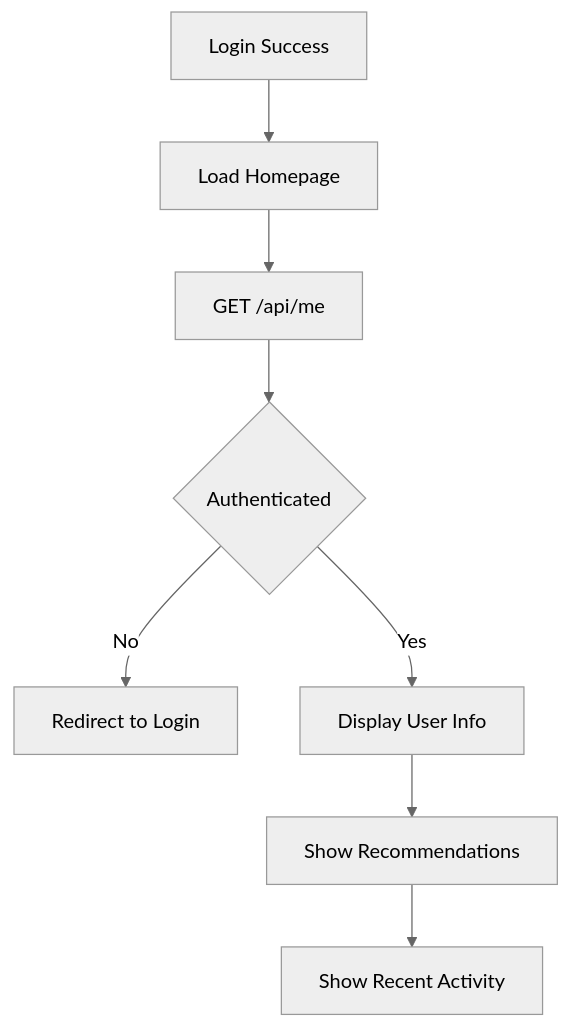
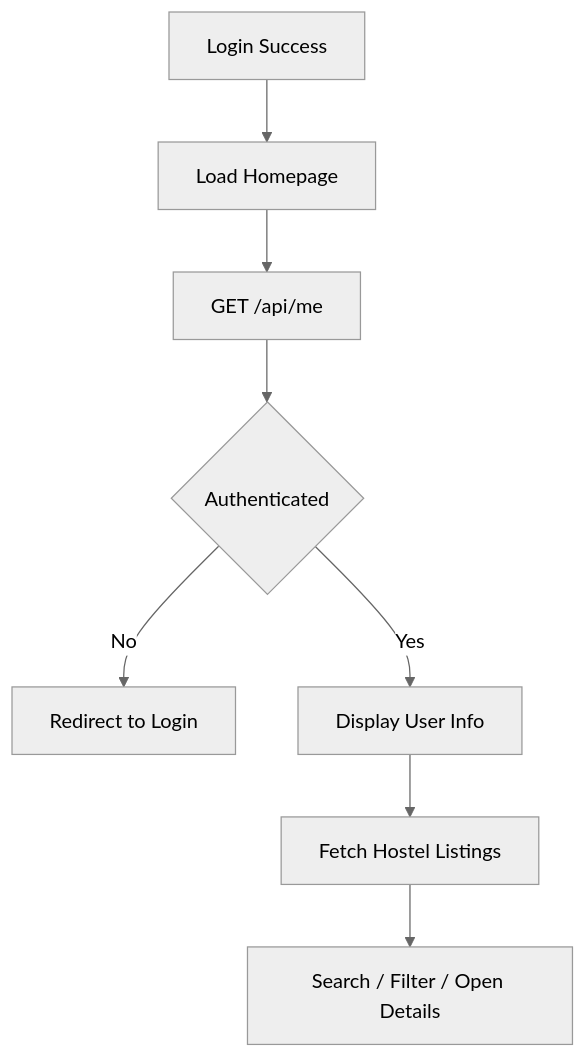
The ninth of 13 diagrams in docs/04_USER_FLOW.md (Zaps215/gctu-hostels-backend), drawn with Mermaid (neutral theme) before and after one commit. The commit also changed other lines of this file and 27 other files, not shown here.

````diff
--- a/docs/04_USER_FLOW.md
+++ b/docs/04_USER_FLOW.md
@@ -191,10 +196,10 @@
 ```mermaid
 graph TD
     A[Login Success] --> B[Load Homepage]
     B --> C[GET /api/me]
     C --> D{Authenticated}
     D -->|No| E[Redirect to Login]
     D -->|Yes| F[Display User Info]
-    F --> G[Show Recommendations]
-    G --> H[Show Recent Activity]
+    F --> G[Fetch Hostel Listings]
+    G --> H[Search / Filter / Open Details]
 ```
````
